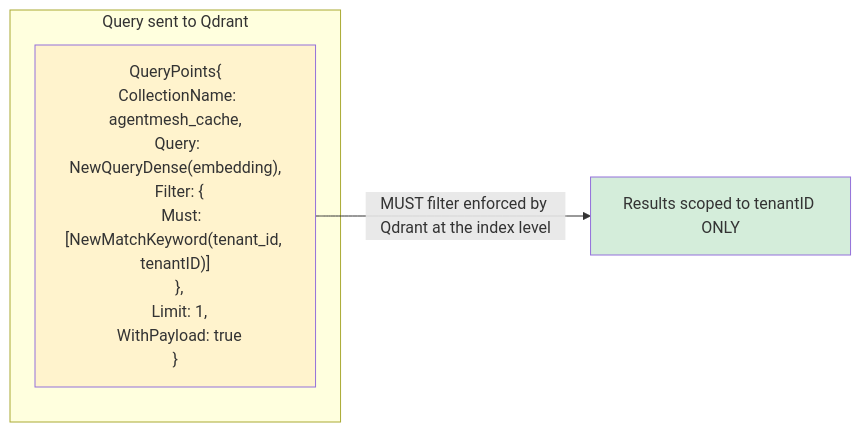
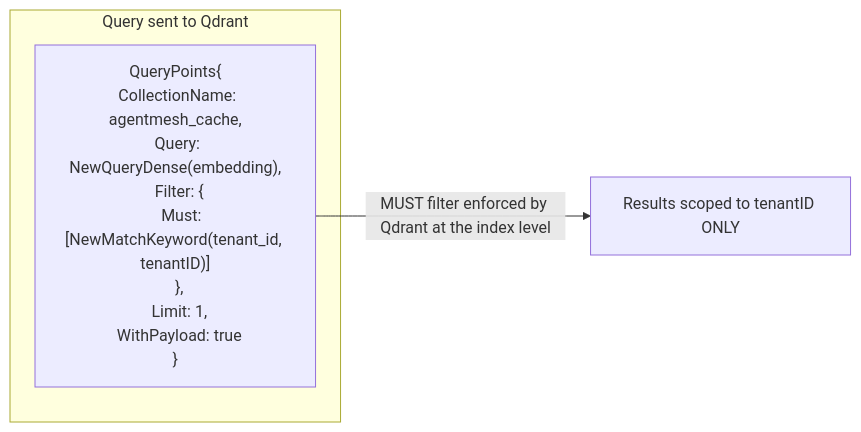
One commit to vigneshvn1995/agentmesh changed the ninth of 17 diagrams in docs/architecture.md. Above: the diagram before and after it, drawn with Mermaid. The commit also changed other lines of this file and 1 other file, not shown here.

First line of the commit message:
fix: restore README encoding and repair mermaid diagrams in architecture.md

````diff
--- a/docs/architecture.md
+++ b/docs/architecture.md
@@ -437,11 +437,8 @@
 ```mermaid
 flowchart LR
     subgraph "Query sent to Qdrant"
         Q["QueryPoints{\n  CollectionName: agentmesh_cache,\n  Query: NewQueryDense(embedding),\n  Filter: {\n    Must: [NewMatchKeyword(tenant_id, tenantID)]\n  },\n  Limit: 1,\n  WithPayload: true\n}"]
     end
 
     Q -->|MUST filter enforced by Qdrant at the index level| R["Results scoped to tenantID ONLY"]
-    
-    style Q fill:#fff3cd
-    style R fill:#d4edda
 ```
````
